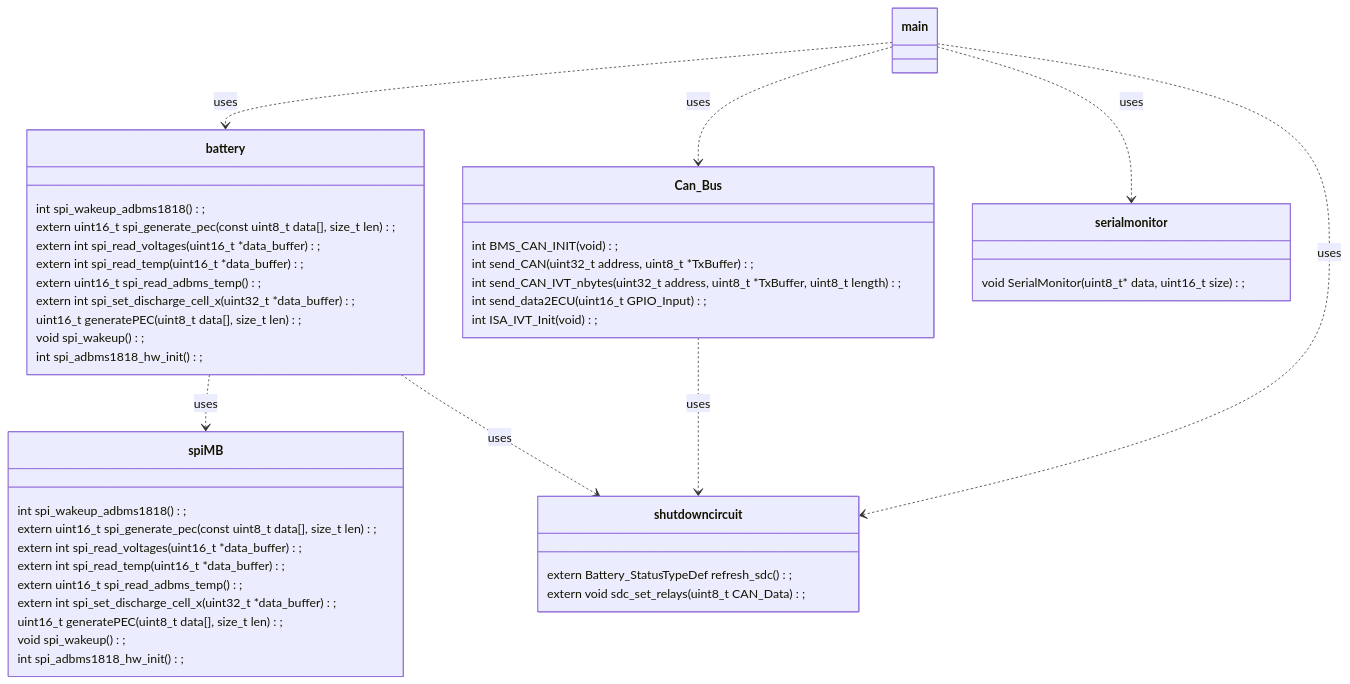
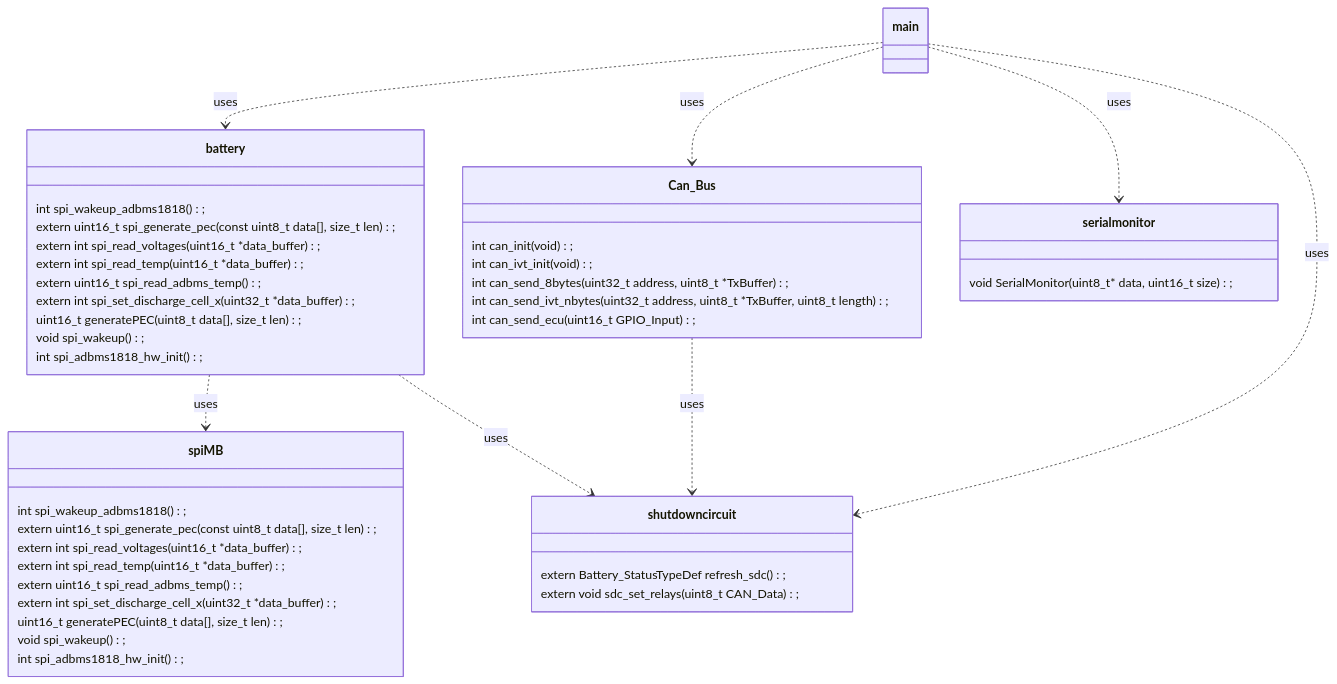
One commit to renolluc/BMS_zephyr changed the diagram in README.md. Above: the diagram before and after it, drawn with Mermaid. The commit also changed other lines of this file, not shown here.

Commit message:
can functions updated

````diff
--- a/README.md
+++ b/README.md
@@ -67,57 +67,57 @@
 ```mermaid
 classDiagram
 
     class main
 
     class Can_Bus{
-        int BMS_CAN_INIT(void);
-        int send_CAN(uint32_t address, uint8_t *TxBuffer);
-        int send_CAN_IVT_nbytes(uint32_t address, uint8_t *TxBuffer, uint8_t length);
-        int send_data2ECU(uint16_t GPIO_Input);
-        int ISA_IVT_Init(void);
+        int can_init(void);
+        int can_ivt_init(void);
+        int can_send_8bytes(uint32_t address, uint8_t *TxBuffer);
+        int can_send_ivt_nbytes(uint32_t address, uint8_t *TxBuffer, uint8_t length);
+        int can_send_ecu(uint16_t GPIO_Input);
     }
 
     class spiMB{
         int spi_wakeup_adbms1818();
         extern uint16_t spi_generate_pec(const uint8_t data[], size_t len);
         extern int spi_read_voltages(uint16_t *data_buffer);
         extern int spi_read_temp(uint16_t *data_buffer);
         extern uint16_t spi_read_adbms_temp();
         extern int spi_set_discharge_cell_x(uint32_t *data_buffer);
         uint16_t generatePEC(uint8_t data[], size_t len);
         void spi_wakeup();
         int spi_adbms1818_hw_init();
     }
 
     class battery{
         int spi_wakeup_adbms1818();
         extern uint16_t spi_generate_pec(const uint8_t data[], size_t len);
         extern int spi_read_voltages(uint16_t *data_buffer);
         extern int spi_read_temp(uint16_t *data_buffer);
         extern uint16_t spi_read_adbms_temp();
         extern int spi_set_discharge_cell_x(uint32_t *data_buffer);
         uint16_t generatePEC(uint8_t data[], size_t len);
         void spi_wakeup();
         int spi_adbms1818_hw_init();
     }
 
     class shutdowncircuit{
         extern Battery_StatusTypeDef refresh_sdc();
         extern void sdc_set_relays(uint8_t CAN_Data);
     }
 
     class serialmonitor{
         void SerialMonitor(uint8_t* data, uint16_t size);
     }
 
 
 
     main ..> battery : uses
     main ..> Can_Bus : uses
     main ..> serialmonitor : uses
     main ..> shutdowncircuit : uses
     battery ..> spiMB : uses
     Can_Bus ..> shutdowncircuit : uses
     battery ..> shutdowncircuit : uses
 
 ```
````
